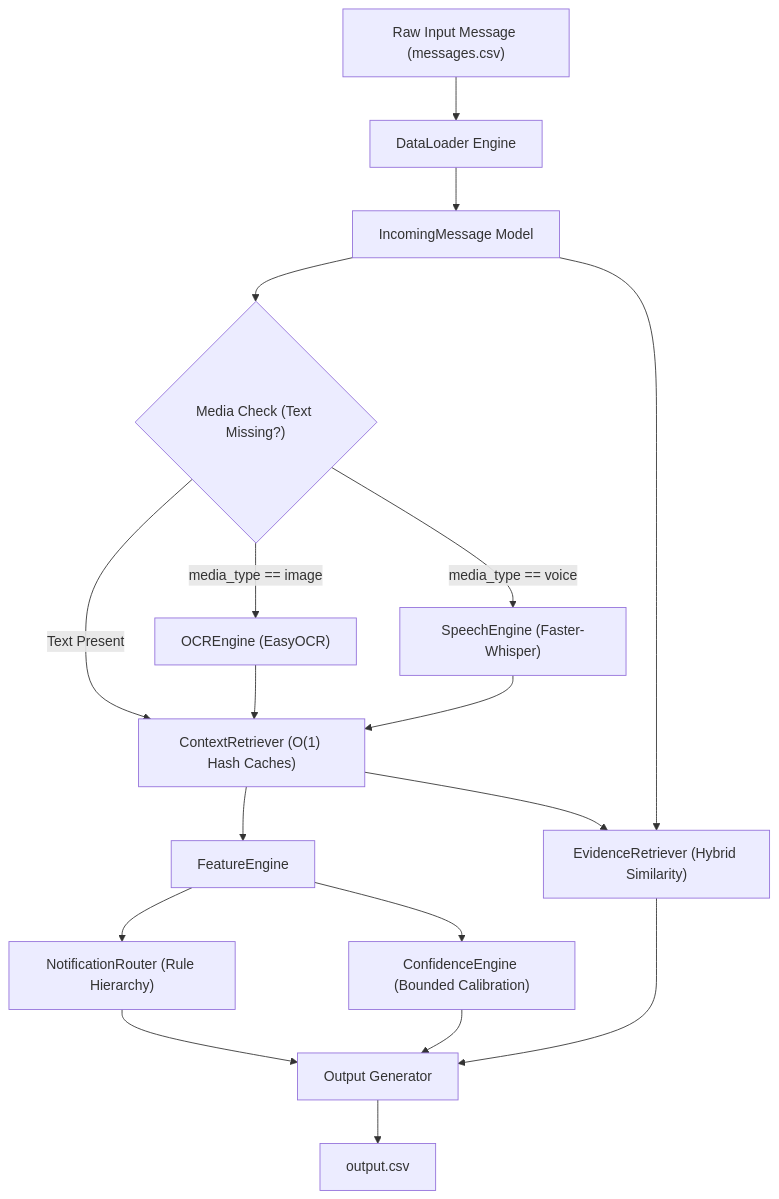
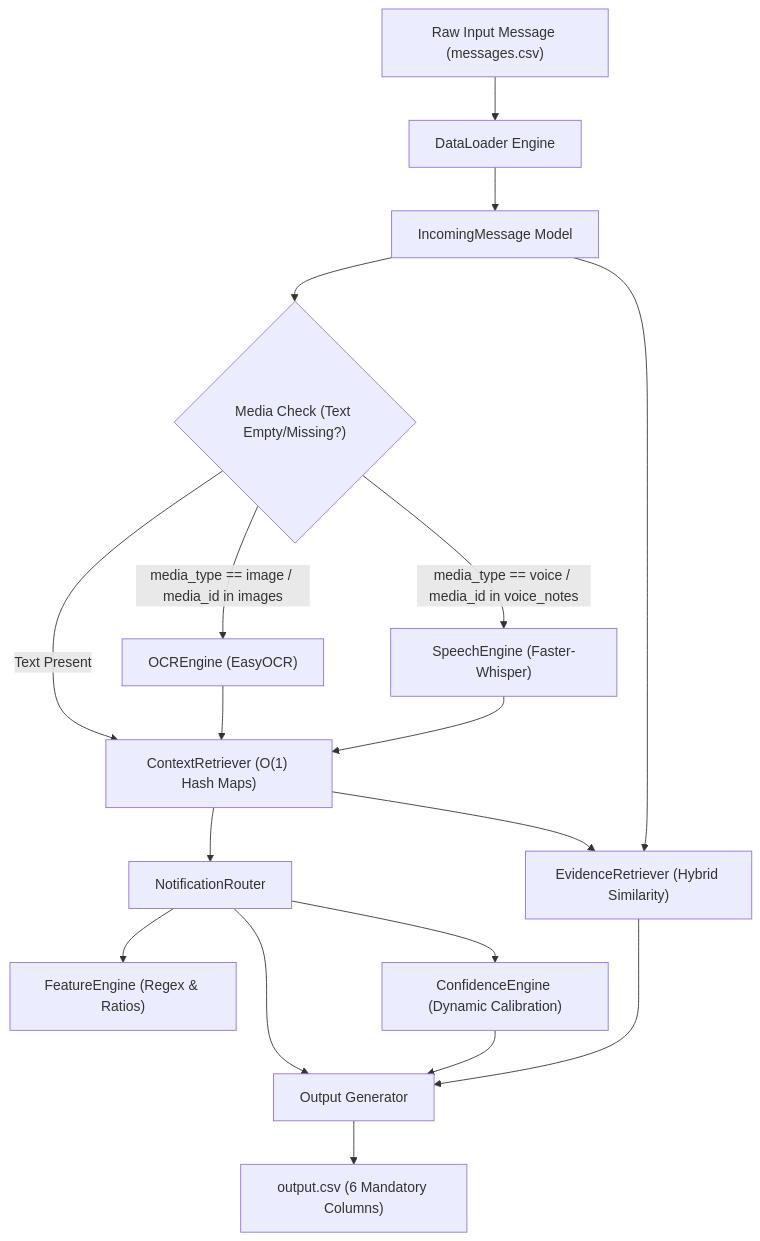
Before and after one commit to Amitgupta0001/PulseRoute-AI: the first of 2 diagrams in report.md, drawn with Mermaid. The commit also changed other lines of this file and 1 other file, not shown here.

Commit message:
docs: update architecture report and add comprehensive production README

````diff
--- a/report.md
+++ b/report.md
@@ -16,20 +16,21 @@
 ```mermaid
 graph TD
     A["Raw Input Message (messages.csv)"] --> B["DataLoader Engine"]
     B --> C["IncomingMessage Model"]
     
-    C --> D{"Media Check (Text Missing?)"}
-    D -- "media_type == image" --> E["OCREngine (EasyOCR)"]
-    D -- "media_type == voice" --> F["SpeechEngine (Faster-Whisper)"]
-    D -- "Text Present" --> G["ContextRetriever (O(1) Hash Caches)"]
+    C --> D{"Media Check (Text Empty/Missing?)"}
+    D -- "media_type == image / media_id in images" --> E["OCREngine (EasyOCR)"]
+    D -- "media_type == voice / media_id in voice_notes" --> F["SpeechEngine (Faster-Whisper)"]
+    D -- "Text Present" --> G["ContextRetriever (O(1) Hash Maps)"]
     E --> G
     F --> G
     
-    G --> H["FeatureEngine"]
-    H --> I["NotificationRouter (Rule Hierarchy)"]
-    H --> J["ConfidenceEngine (Bounded Calibration)"]
+    G --> H["NotificationRouter"]
+    H --> I["FeatureEngine (Regex & Ratios)"]
+    H --> J["ConfidenceEngine (Dynamic Calibration)"]
+    
     G & C --> K["EvidenceRetriever (Hybrid Similarity)"]
     
-    I & J & K --> L["Output Generator"]
-    L --> M["output.csv"]
+    H & J & K --> L["Output Generator"]
+    L --> M["output.csv (6 Mandatory Columns)"]
 ```
````
